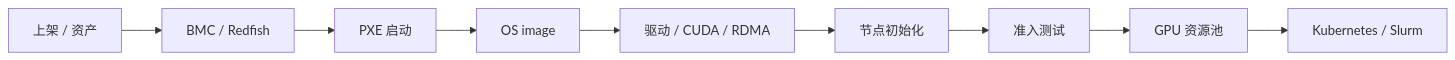
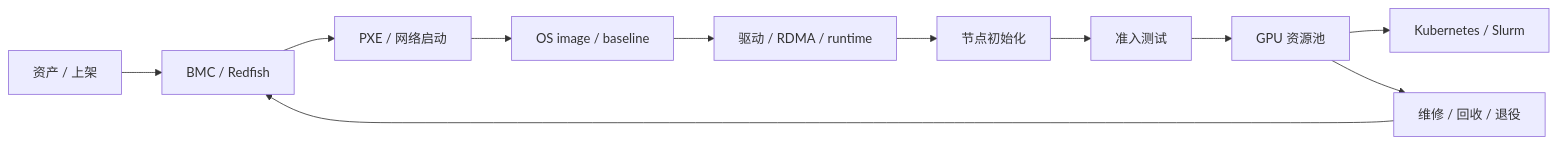
One commit to ikingye/ai-factory-engineering changed the diagram in docs/part-06-gpu-iaas/chapter-26-bare-metal-gpu-cloud.md. Above: the diagram before and after it, drawn with Mermaid. The commit also changed other lines of this file and 3 other files, not shown here.

````diff
--- a/docs/part-06-gpu-iaas/chapter-26-bare-metal-gpu-cloud.md
+++ b/docs/part-06-gpu-iaas/chapter-26-bare-metal-gpu-cloud.md
@@ -23,7 +43,13 @@
 ```mermaid
 flowchart LR
-  Rack["上架 / 资产"] --> BMC["BMC / Redfish"] --> PXE["PXE 启动"]
-  PXE --> OS["OS image"] --> Driver["驱动 / CUDA / RDMA"]
-  Driver --> Init["节点初始化"] --> Test["准入测试"] --> Pool["GPU 资源池"]
+  Asset["资产 / 上架"] --> BMC["BMC / Redfish"]
+  BMC --> PXE["PXE / 网络启动"]
+  PXE --> OS["OS image / baseline"]
+  OS --> Bootstrap["驱动 / RDMA / runtime"]
+  Bootstrap --> Init["节点初始化"]
+  Init --> Test["准入测试"]
+  Test --> Pool["GPU 资源池"]
   Pool --> Scheduler["Kubernetes / Slurm"]
+  Pool --> Ops["维修 / 回收 / 退役"]
+  Ops --> BMC
 ```
````
